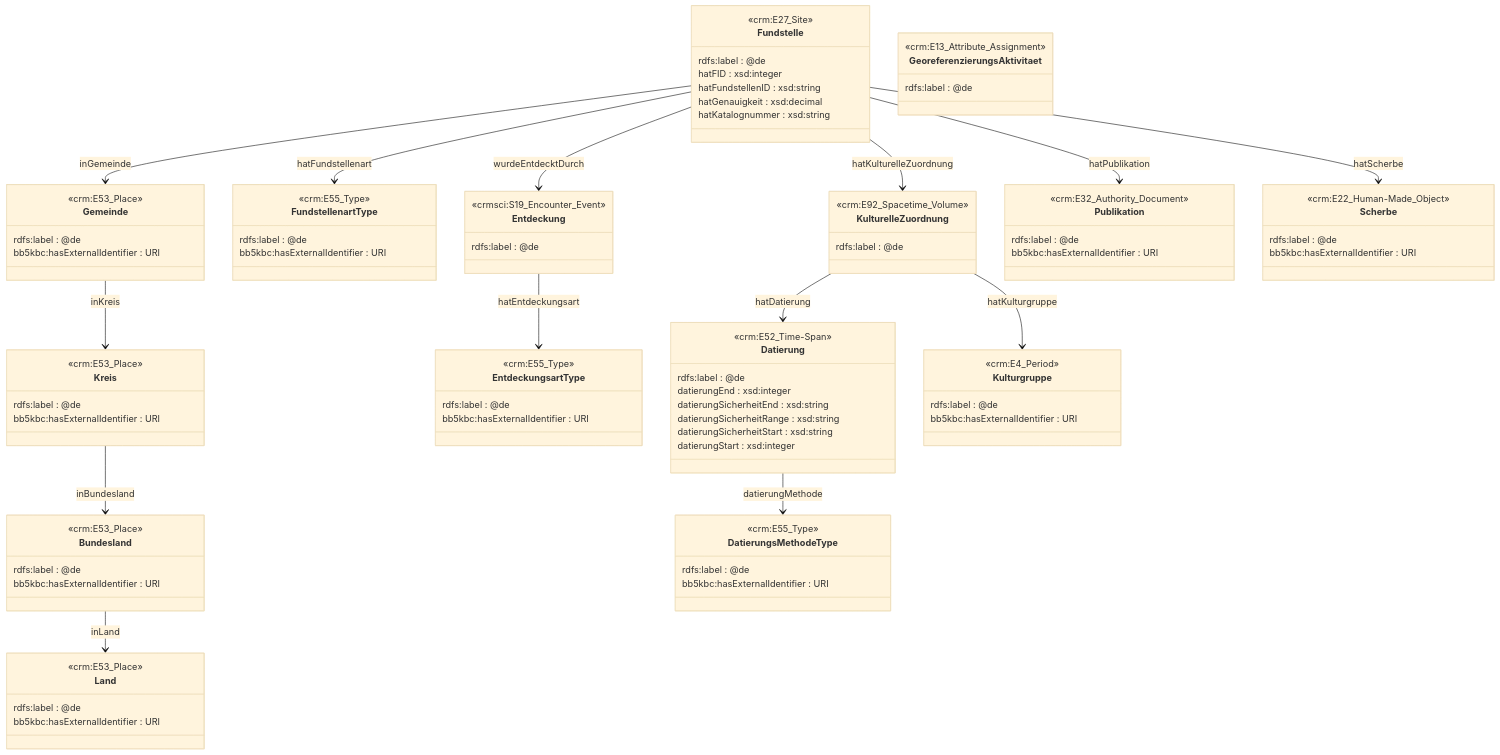
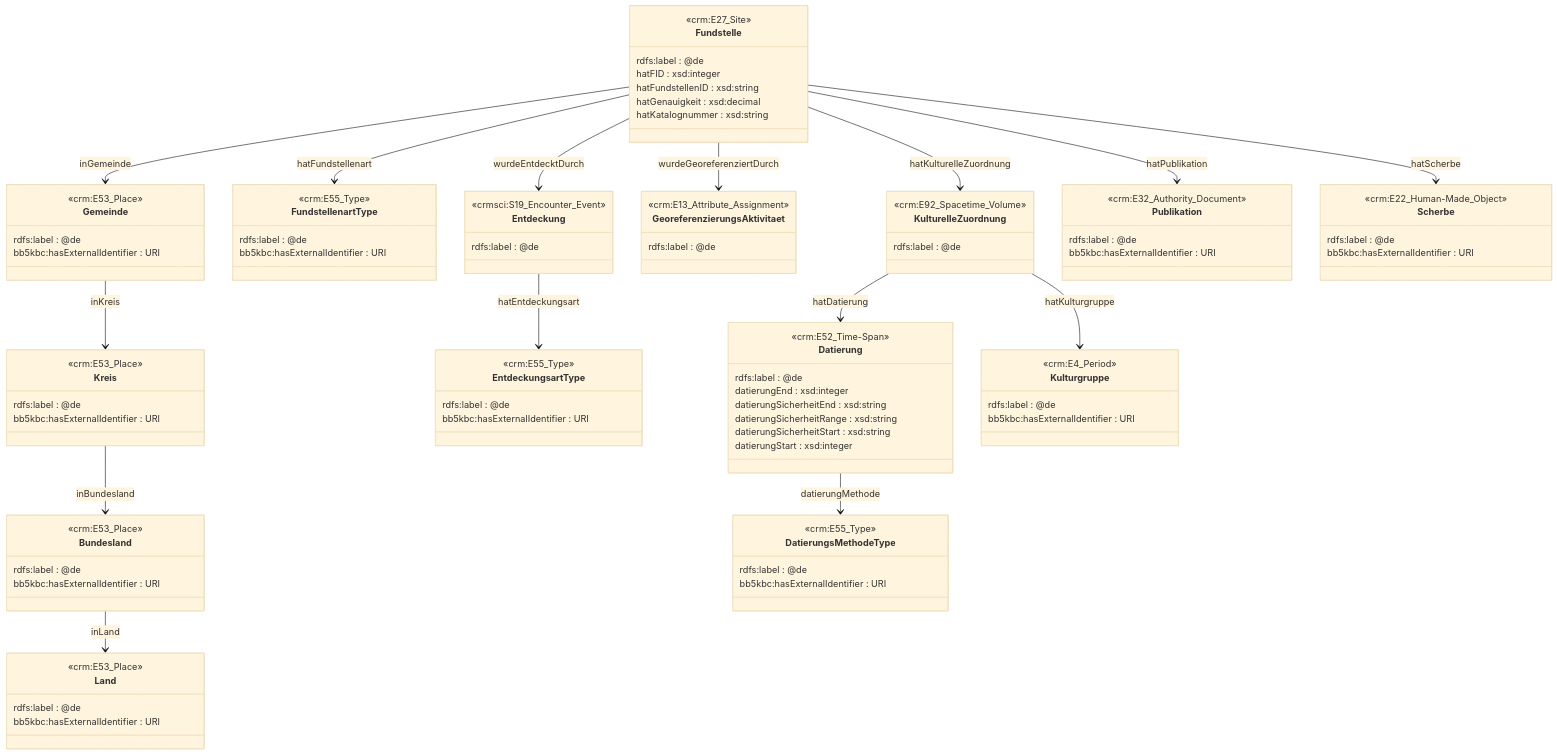
Before and after one commit to Research-Squirrel-Engineers/bb-5kbc-sites: the diagram in ontology/bb5kbc-classes.mmd, drawn with Mermaid (base theme). The commit also changed 5 other files, not shown here.

```diff
--- a/ontology/bb5kbc-classes.mmd
+++ b/ontology/bb5kbc-classes.mmd
@@ -1,96 +1,97 @@
 classDiagram
 direction TB
 
 class Bundesland {
   <<crm:E53_Place>>
   rdfs:label : @de
   bb5kbc:hasExternalIdentifier : URI
 }
 class Datierung {
   <<crm:E52_Time-Span>>
   rdfs:label : @de
   datierungEnd : xsd:integer
   datierungSicherheitEnd : xsd:string
   datierungSicherheitRange : xsd:string
   datierungSicherheitStart : xsd:string
   datierungStart : xsd:integer
 }
 class DatierungsMethodeType {
   <<crm:E55_Type>>
   rdfs:label : @de
   bb5kbc:hasExternalIdentifier : URI
 }
 class Entdeckung {
   <<crmsci:S19_Encounter_Event>>
   rdfs:label : @de
 }
 class EntdeckungsartType {
   <<crm:E55_Type>>
   rdfs:label : @de
   bb5kbc:hasExternalIdentifier : URI
 }
 class Fundstelle {
   <<crm:E27_Site>>
   rdfs:label : @de
   hatFID : xsd:integer
   hatFundstellenID : xsd:string
   hatGenauigkeit : xsd:decimal
   hatKatalognummer : xsd:string
 }
 class FundstellenartType {
   <<crm:E55_Type>>
   rdfs:label : @de
   bb5kbc:hasExternalIdentifier : URI
 }
 class Gemeinde {
   <<crm:E53_Place>>
   rdfs:label : @de
   bb5kbc:hasExternalIdentifier : URI
 }
 class GeoreferenzierungsAktivitaet {
   <<crm:E13_Attribute_Assignment>>
   rdfs:label : @de
 }
 class Kreis {
   <<crm:E53_Place>>
   rdfs:label : @de
   bb5kbc:hasExternalIdentifier : URI
 }
 class KulturelleZuordnung {
   <<crm:E92_Spacetime_Volume>>
   rdfs:label : @de
 }
 class Kulturgruppe {
   <<crm:E4_Period>>
   rdfs:label : @de
   bb5kbc:hasExternalIdentifier : URI
 }
 class Land {
   <<crm:E53_Place>>
   rdfs:label : @de
   bb5kbc:hasExternalIdentifier : URI
 }
 class Publikation {
   <<crm:E32_Authority_Document>>
   rdfs:label : @de
   bb5kbc:hasExternalIdentifier : URI
 }
 class Scherbe {
   <<crm:E22_Human-Made_Object>>
   rdfs:label : @de
   bb5kbc:hasExternalIdentifier : URI
 }
 
 Bundesland --> Land : inLand
 Datierung --> DatierungsMethodeType : datierungMethode
 Entdeckung --> EntdeckungsartType : hatEntdeckungsart
 Fundstelle --> Entdeckung : wurdeEntdecktDurch
 Fundstelle --> FundstellenartType : hatFundstellenart
 Fundstelle --> Gemeinde : inGemeinde
+Fundstelle --> GeoreferenzierungsAktivitaet : wurdeGeoreferenziertDurch
 Fundstelle --> KulturelleZuordnung : hatKulturelleZuordnung
 Fundstelle --> Publikation : hatPublikation
 Fundstelle --> Scherbe : hatScherbe
 Gemeinde --> Kreis : inKreis
 Kreis --> Bundesland : inBundesland
 KulturelleZuordnung --> Datierung : hatDatierung
 KulturelleZuordnung --> Kulturgruppe : hatKulturgruppe
```
